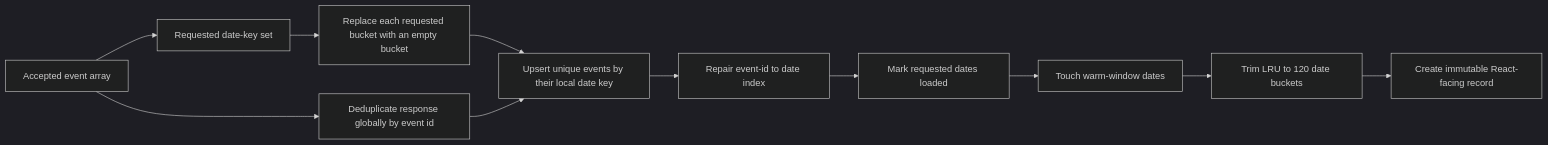
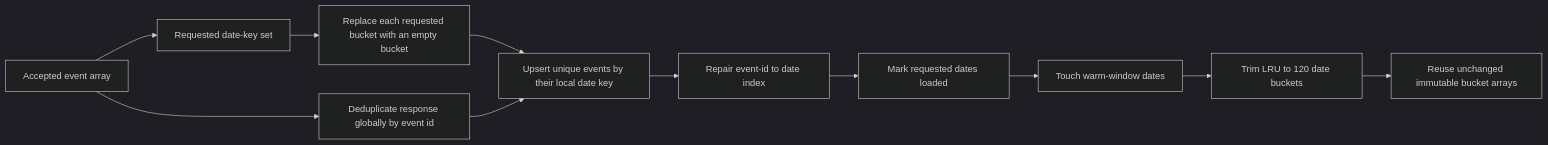
The fourth of 6 diagrams in docs/infinite-calendar/flows/async-loading-and-layout.md (junomedical/quno-calendar), drawn with Mermaid (dark theme) before and after one commit. The commit also changed other lines of this file and 82 other files, not shown here.

````diff
--- a/docs/infinite-calendar/flows/async-loading-and-layout.md
+++ b/docs/infinite-calendar/flows/async-loading-and-layout.md
@@ -106,13 +106,13 @@
 ```mermaid
 flowchart LR
   Response["Accepted event array"] --> Requested["Requested date-key set"]
   Requested --> Clear["Replace each requested bucket with an empty bucket"]
   Response --> Dedupe["Deduplicate response globally by event id"]
   Clear --> Upsert["Upsert unique events by their local date key"]
   Dedupe --> Upsert
   Upsert --> Repair["Repair event-id to date index"]
   Repair --> Loaded["Mark requested dates loaded"]
   Loaded --> Protect["Touch warm-window dates"]
   Protect --> Trim["Trim LRU to 120 date buckets"]
-  Trim --> Snapshot["Create immutable React-facing record"]
+  Trim --> Snapshot["Reuse unchanged immutable bucket arrays"]
 ```
````
